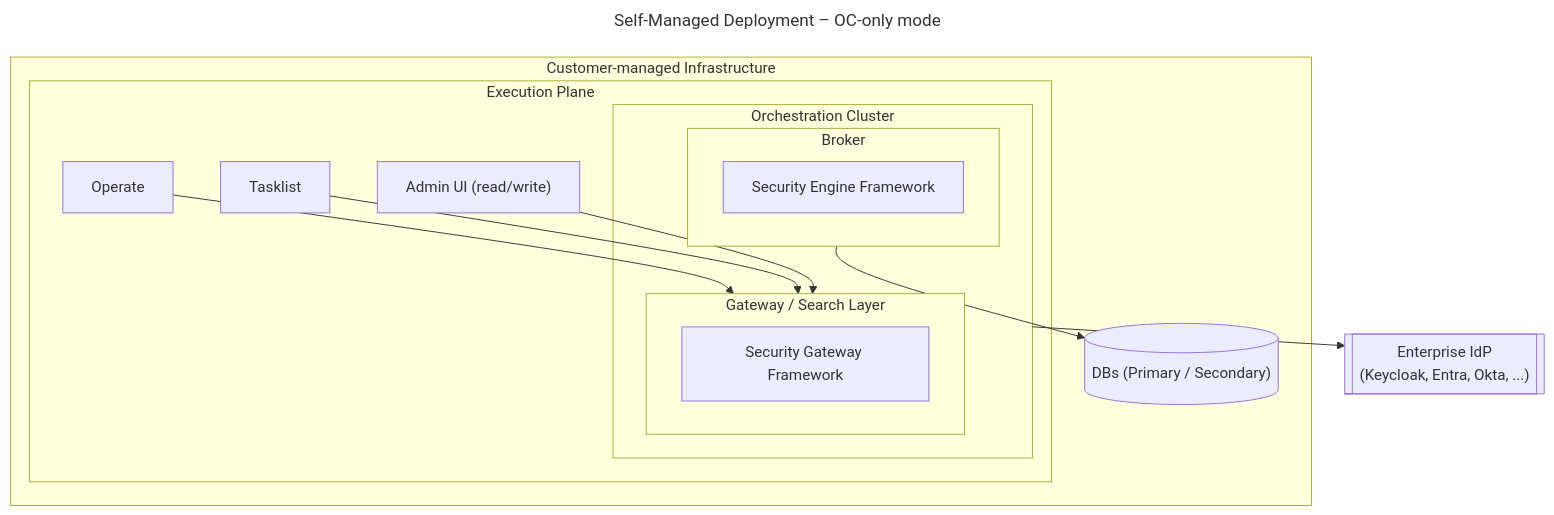
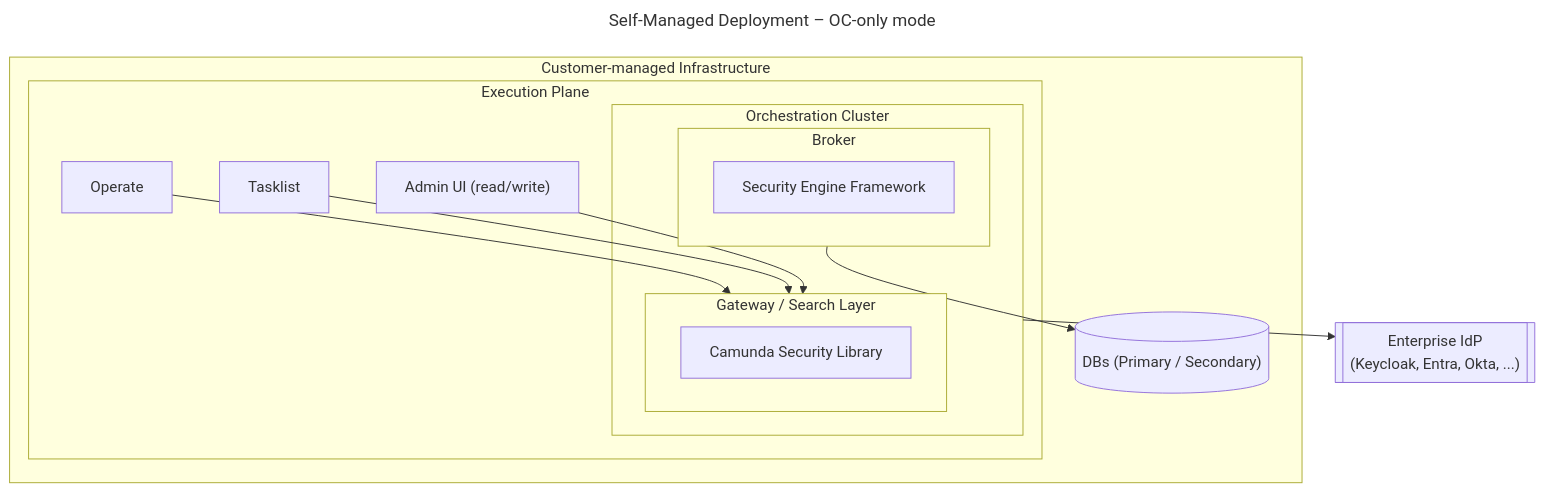
One commit to camunda/camunda-security-library changed diagram 19 of 22 in docs/architecture_docs.md. Above: the diagram before and after it, drawn with Mermaid. The commit also changed other lines of this file and 6 other files, not shown here.

````diff
--- a/docs/architecture_docs.md
+++ b/docs/architecture_docs.md
@@ -1668,31 +1666,31 @@
 ```mermaid
 ---
 title: Self-Managed Deployment – OC-only mode
 ---
 flowchart TB
   subgraph Customer["Customer-managed Infrastructure"]
     subgraph Execution["Execution Plane"]
       Operate["Operate"]
       Tasklist["Tasklist"]
       AdminUI["Admin UI (read/write)"]
 
       subgraph OC["Orchestration Cluster"]
         subgraph GatewayLayer["Gateway / Search Layer"]
-          SecGatOC["Security Gateway Framework"]
+          SecGatOC["Camunda Security Library"]
         end
 
         subgraph Broker1["Broker"]
           SecEngFrame1["Security Engine Framework"]
         end
       end
 
       Operate & Tasklist & AdminUI --> GatewayLayer
     end
 
     DBs[("DBs (Primary / Secondary)")]
     Broker1 --> DBs
   end
 
   EnterpriseIdP[["Enterprise IdP</br>(Keycloak, Entra, Okta, ...)"]]
   OC --> EnterpriseIdP
 ```
````
